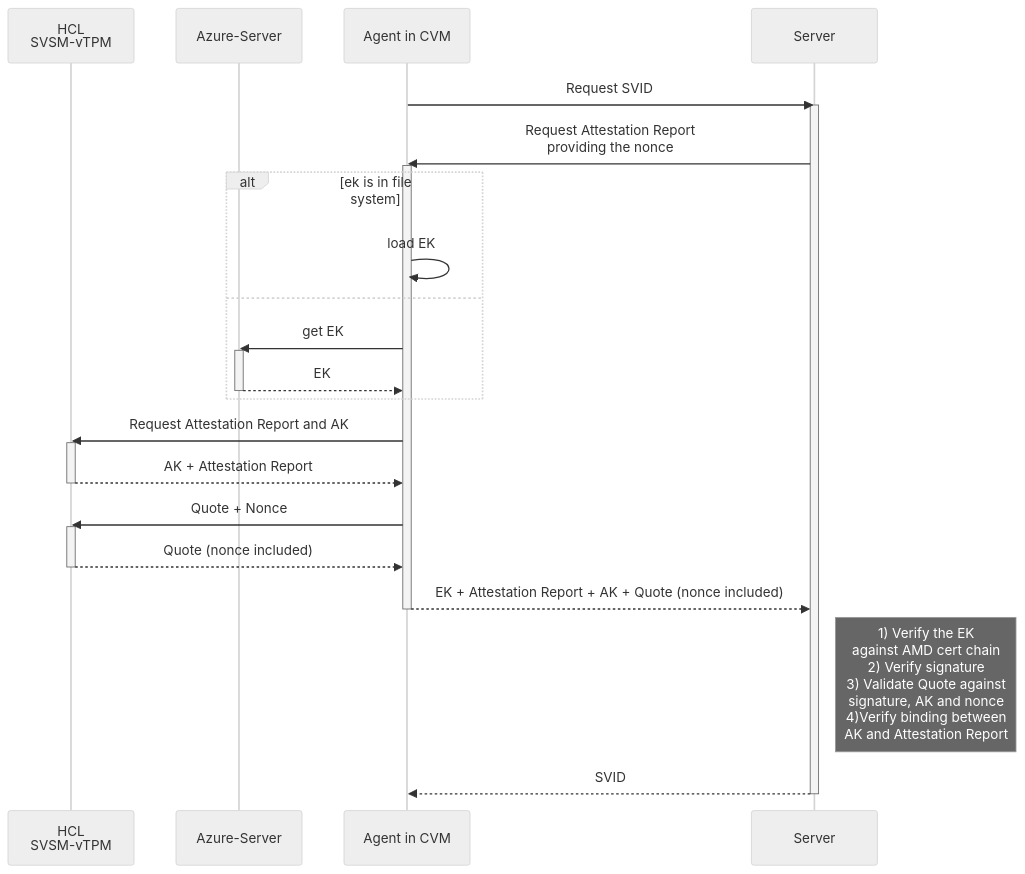
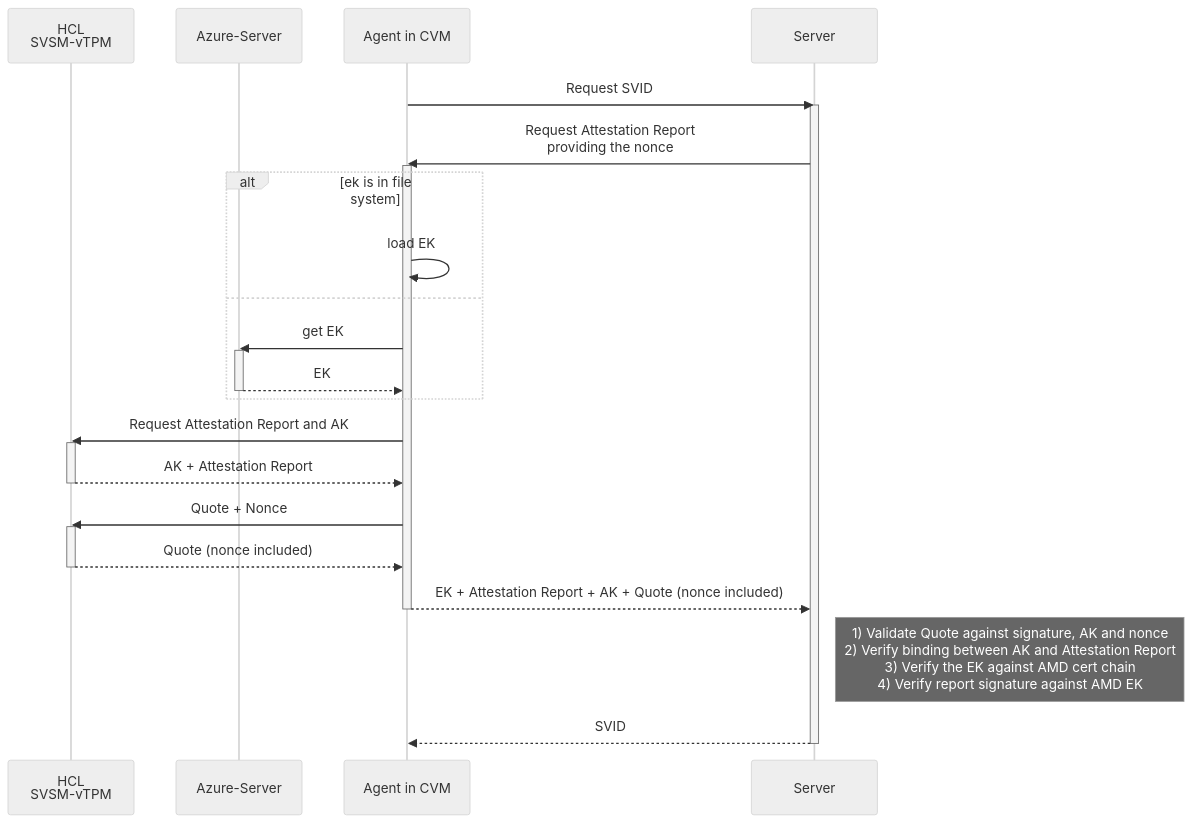
Before and after one commit to ufcg-lsd/spire-amd-sev-snp-node-attestor: the second of 3 diagrams in docs/attestation.md, drawn with Mermaid (neutral theme). The commit also changed other lines of this file and 28 other files, not shown here.

````diff
--- a/docs/attestation.md
+++ b/docs/attestation.md
@@ -56,32 +56,32 @@
 ```mermaid
 sequenceDiagram
     participant HCL as HCL<br/>SVSM-vTPM
     participant Azure as Azure-Server
     participant Agent as Agent in CVM
     participant Server as Server
     Agent->>Server: Request SVID
     activate Server
     Server->>Agent: Request Attestation Report<br/> providing the nonce
     activate Agent
     alt ek is in file system        
         Agent->>Agent: load EK
     else
         Agent->>Azure: get EK
         activate Azure        
         Azure-->>Agent: EK
         deactivate Azure
     end
     Agent->>HCL: Request Attestation Report and AK
     activate HCL
     HCL-->>Agent: AK + Attestation Report
     deactivate HCL
     Agent->>HCL: Quote + Nonce
     activate HCL               
         HCL-->>Agent: Quote (nonce included)
     deactivate HCL
     Agent-->>Server: EK + Attestation Report + AK + Quote (nonce included)
     deactivate Agent
-    Note right of Server: 1) Verify the EK<br/>against AMD cert chain<br/>2) Verify signature <br/>3) Validate Quote against<br/>signature, AK and nonce<br/>4)Verify binding between<br/>AK and Attestation Report
+    Note right of Server: 1) Validate Quote against signature, AK and nonce <br/> 2) Verify binding between AK and Attestation Report <br/>3) Verify the EK against AMD cert chain <br/> 4) Verify report signature against AMD EK
     Server-->>Agent: SVID
     deactivate Server
 ```
````
